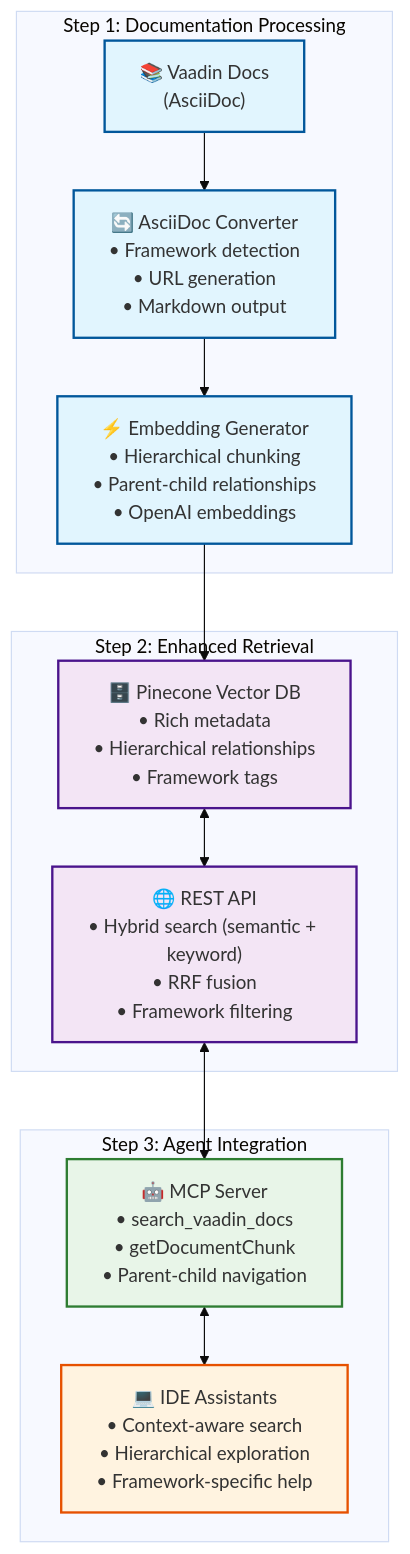
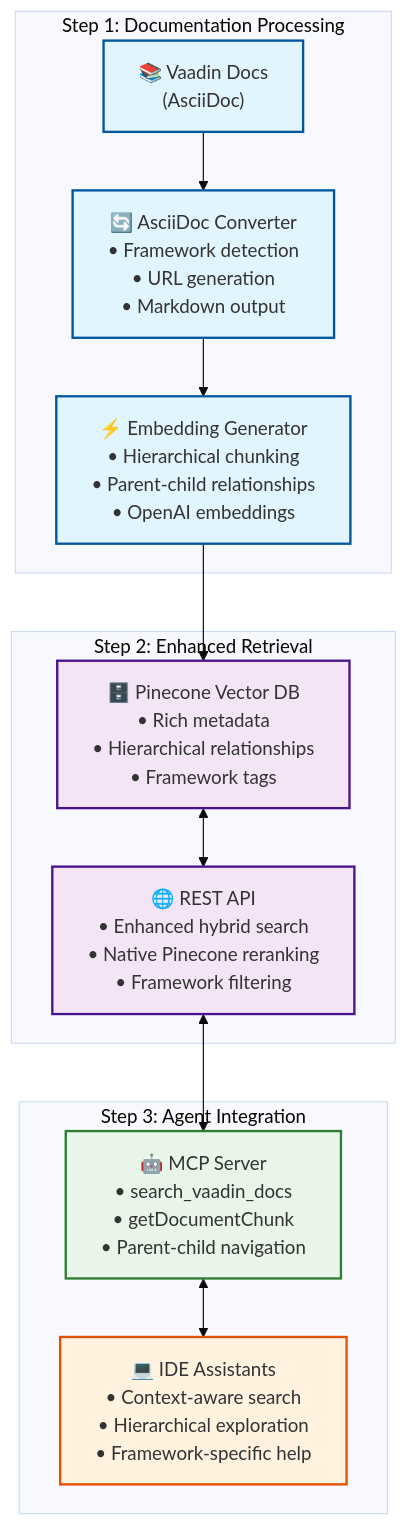
Before and after one commit to vaadin/vaadin-mcp: the diagram in README.md, drawn with Mermaid (base theme). The commit also changed other lines of this file and 1 other file, not shown here.

````diff
--- a/README.md
+++ b/README.md
@@ -32,35 +32,35 @@
 ```mermaid
 flowchart TD
     subgraph "Step 1: Documentation Processing"
         VaadinDocs["📚 Vaadin Docs<br/>(AsciiDoc)"] 
         Converter["🔄 AsciiDoc Converter<br/>• Framework detection<br/>• URL generation<br/>• Markdown output"]
         Processor["⚡ Embedding Generator<br/>• Hierarchical chunking<br/>• Parent-child relationships<br/>• OpenAI embeddings"]
     end
 
     subgraph "Step 2: Enhanced Retrieval"
         Pinecone["🗄️ Pinecone Vector DB<br/>• Rich metadata<br/>• Hierarchical relationships<br/>• Framework tags"]
-        RestAPI["🌐 REST API<br/>• Hybrid search (semantic + keyword)<br/>• RRF fusion<br/>• Framework filtering"]
+        RestAPI["🌐 REST API<br/>• Enhanced hybrid search<br/>• Native Pinecone reranking<br/>• Framework filtering"]
     end
 
     subgraph "Step 3: Agent Integration"
         MCP["🤖 MCP Server<br/>• search_vaadin_docs<br/>• getDocumentChunk<br/>• Parent-child navigation"]
         IDEs["💻 IDE Assistants<br/>• Context-aware search<br/>• Hierarchical exploration<br/>• Framework-specific help"]
     end
 
     VaadinDocs --> Converter
     Converter --> Processor
     Processor --> Pinecone
     Pinecone <--> RestAPI
     RestAPI <--> MCP
     MCP <--> IDEs
 
     classDef processing fill:#e1f5fe,stroke:#01579b,stroke-width:2px
     classDef storage fill:#f3e5f5,stroke:#4a148c,stroke-width:2px
     classDef api fill:#e8f5e8,stroke:#2e7d32,stroke-width:2px
     classDef agent fill:#fff3e0,stroke:#e65100,stroke-width:2px
 
     class VaadinDocs,Converter,Processor processing
     class Pinecone,RestAPI storage
     class MCP api
     class IDEs agent
 ```
````
